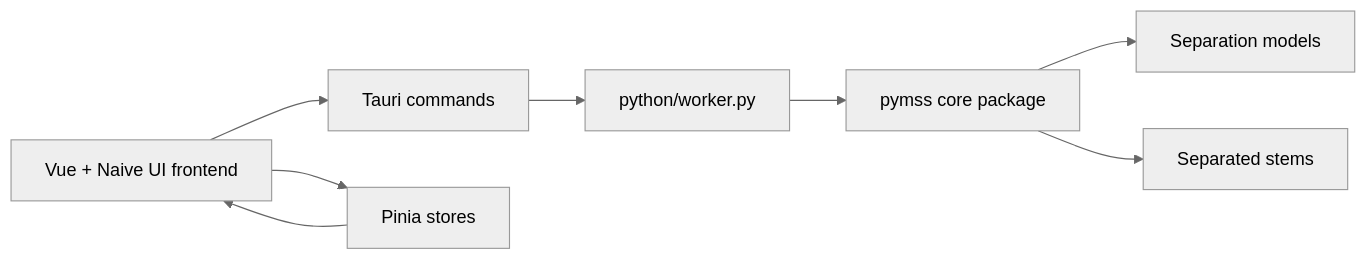
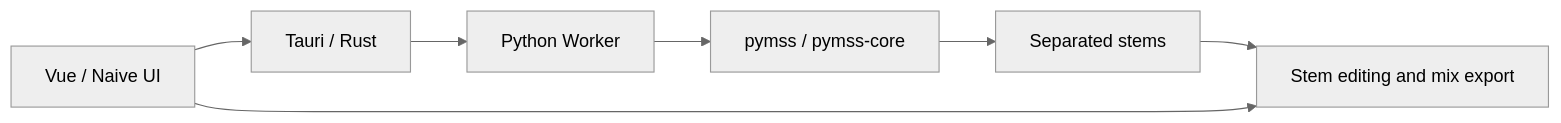
Before and after one commit to pymss-project/pymss-studio: the diagram in README.md, drawn with Mermaid (neutral theme). The commit also changed other lines of this file and 55 other files, not shown here.

````diff
--- a/README.md
+++ b/README.md
@@ -198,10 +274,9 @@
 ```mermaid
 flowchart LR
-  UI[Vue + Naive UI frontend] --> API[Tauri commands]
-  API --> Worker[python/worker.py]
-  Worker --> Core[pymss core package]
-  Core --> Models[Separation models]
-  Core --> Output[Separated stems]
-  UI --> Store[Pinia stores]
-  Store --> UI
+  UI[Vue / Naive UI] --> API[Tauri / Rust]
+  API --> Worker[Python Worker]
+  Worker --> Core[pymss / pymss-core]
+  Core --> Audio[Separated stems]
+  Audio --> Editor
+  UI --> Editor[Stem editing and mix export]
 ```
````
